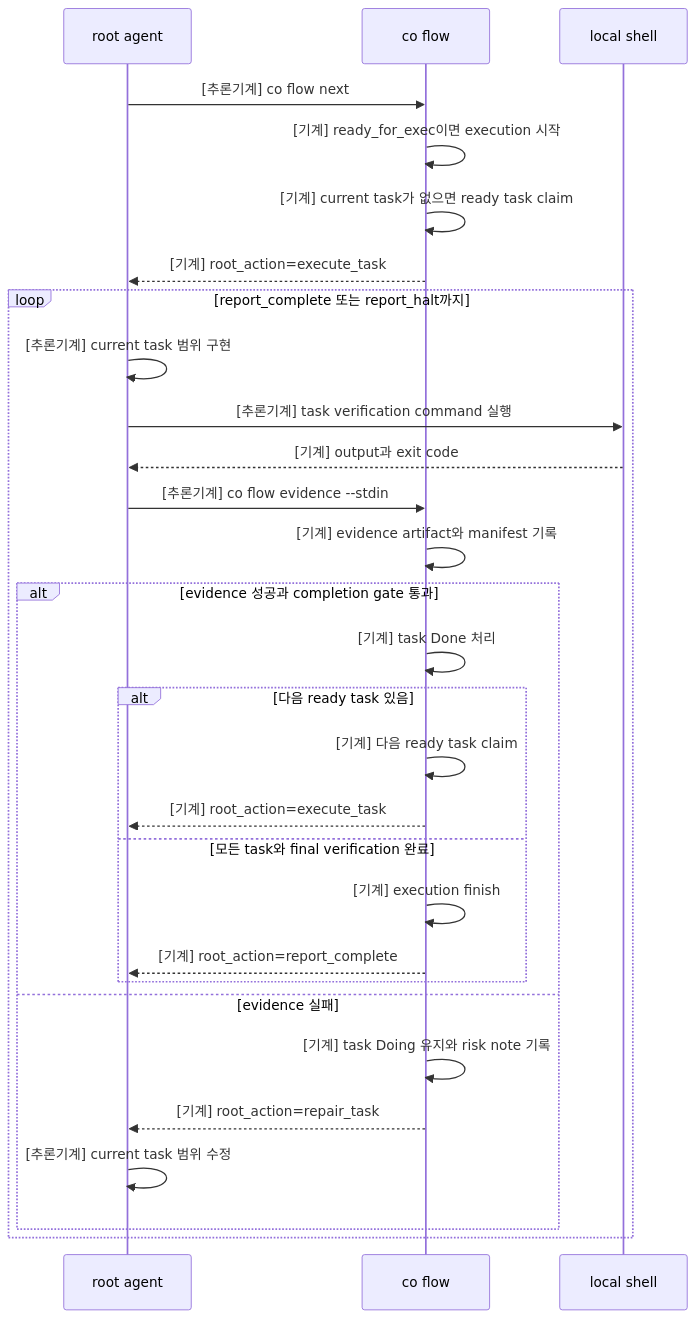
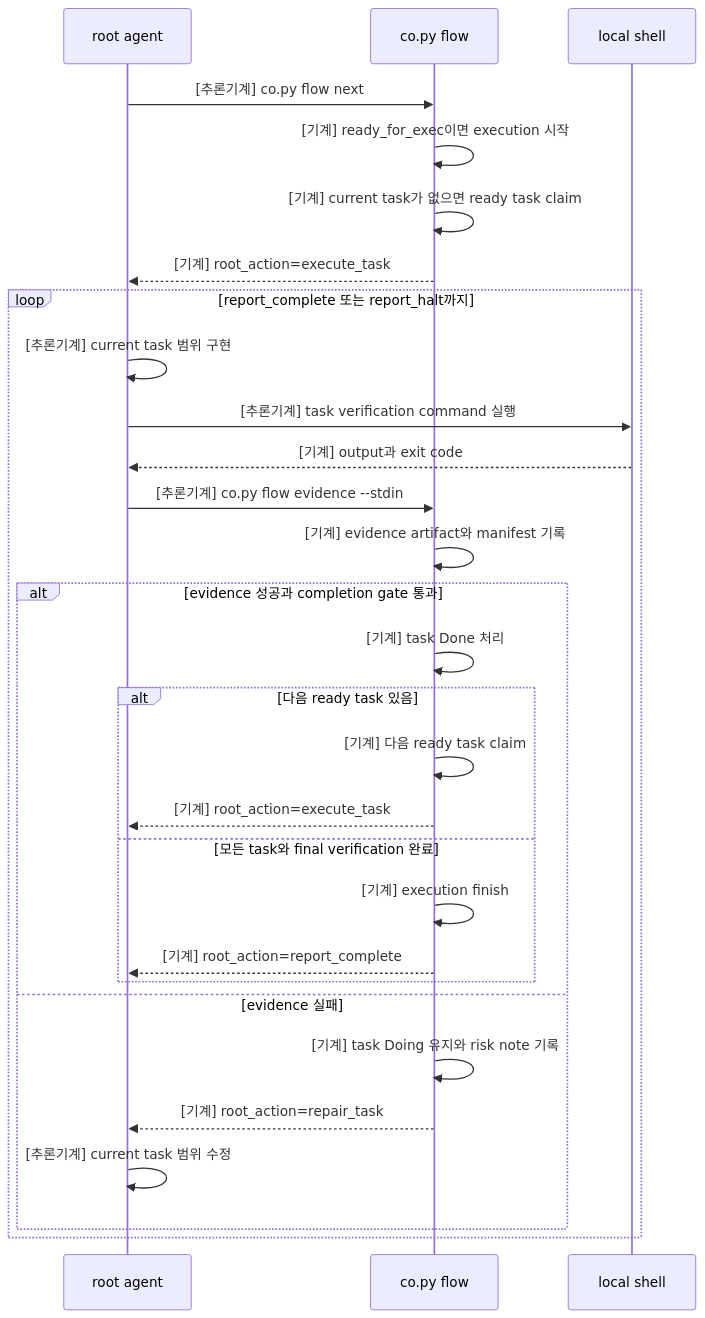
One commit to mym0404/coflow changed the first of 2 diagrams in COEXEC.md. Above: the diagram before and after it, drawn with Mermaid. The commit also changed other lines of this file and 15 other files, not shown here.

Commit message:
feat: redesign coplan planner flow

````diff
--- a/COEXEC.md
+++ b/COEXEC.md
@@ -8,33 +8,33 @@
 ```mermaid
 sequenceDiagram
   participant Root as root agent
-  participant Co as co flow
+  participant Co as co.py flow
   participant Shell as local shell
 
-  Root->>Co: [추론기계] co flow next
+  Root->>Co: [추론기계] co.py flow next
   Co->>Co: [기계] ready_for_exec이면 execution 시작
   Co->>Co: [기계] current task가 없으면 ready task claim
   Co-->>Root: [기계] root_action=execute_task
 
   loop report_complete 또는 report_halt까지
     Root->>Root: [추론기계] current task 범위 구현
     Root->>Shell: [추론기계] task verification command 실행
     Shell-->>Root: [기계] output과 exit code
-    Root->>Co: [추론기계] co flow evidence --stdin
+    Root->>Co: [추론기계] co.py flow evidence --stdin
     Co->>Co: [기계] evidence artifact와 manifest 기록
     alt evidence 성공과 completion gate 통과
       Co->>Co: [기계] task Done 처리
       alt 다음 ready task 있음
         Co->>Co: [기계] 다음 ready task claim
         Co-->>Root: [기계] root_action=execute_task
       else 모든 task와 final verification 완료
         Co->>Co: [기계] execution finish
         Co-->>Root: [기계] root_action=report_complete
       end
     else evidence 실패
       Co->>Co: [기계] task Doing 유지와 risk note 기록
       Co-->>Root: [기계] root_action=repair_task
       Root->>Root: [추론기계] current task 범위 수정
     end
   end
 ```
````
